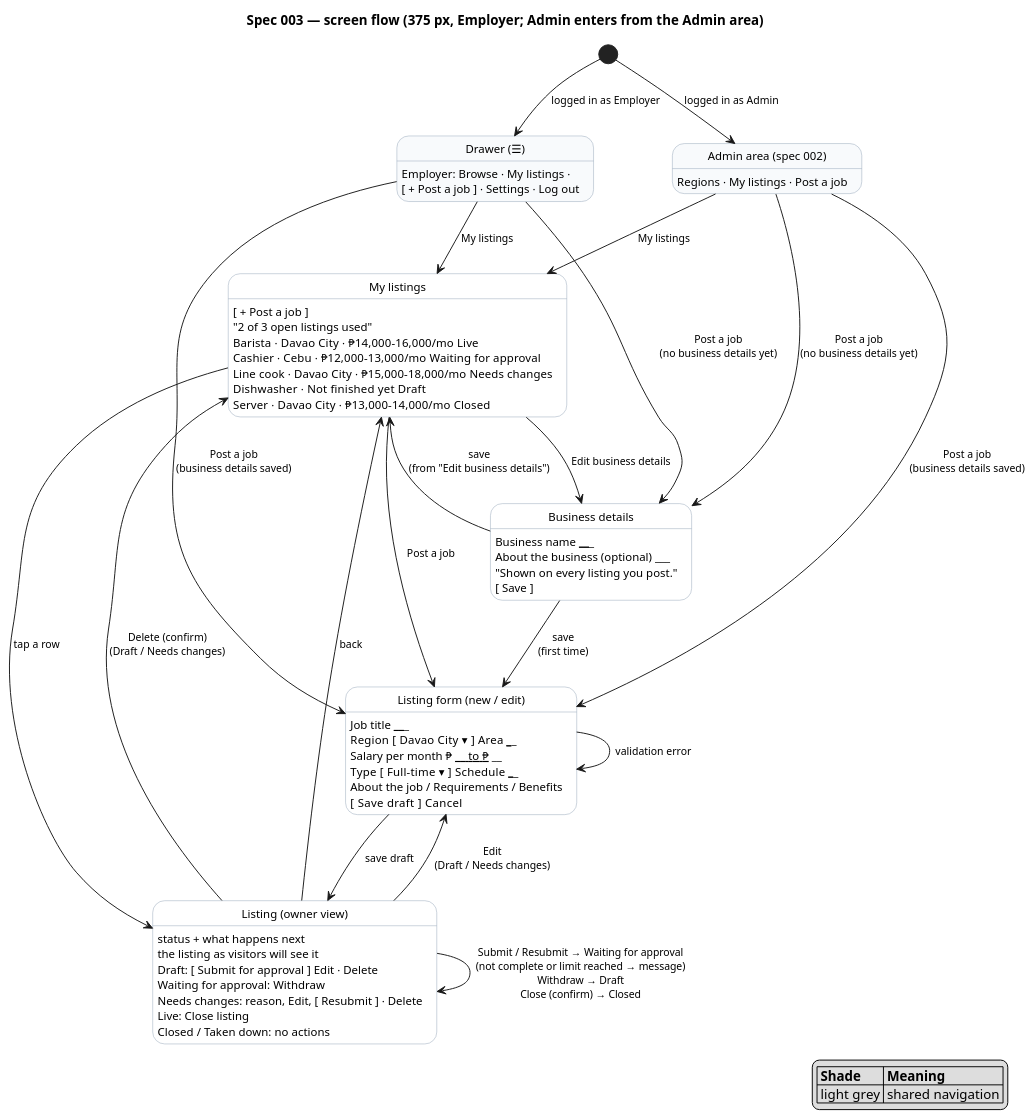
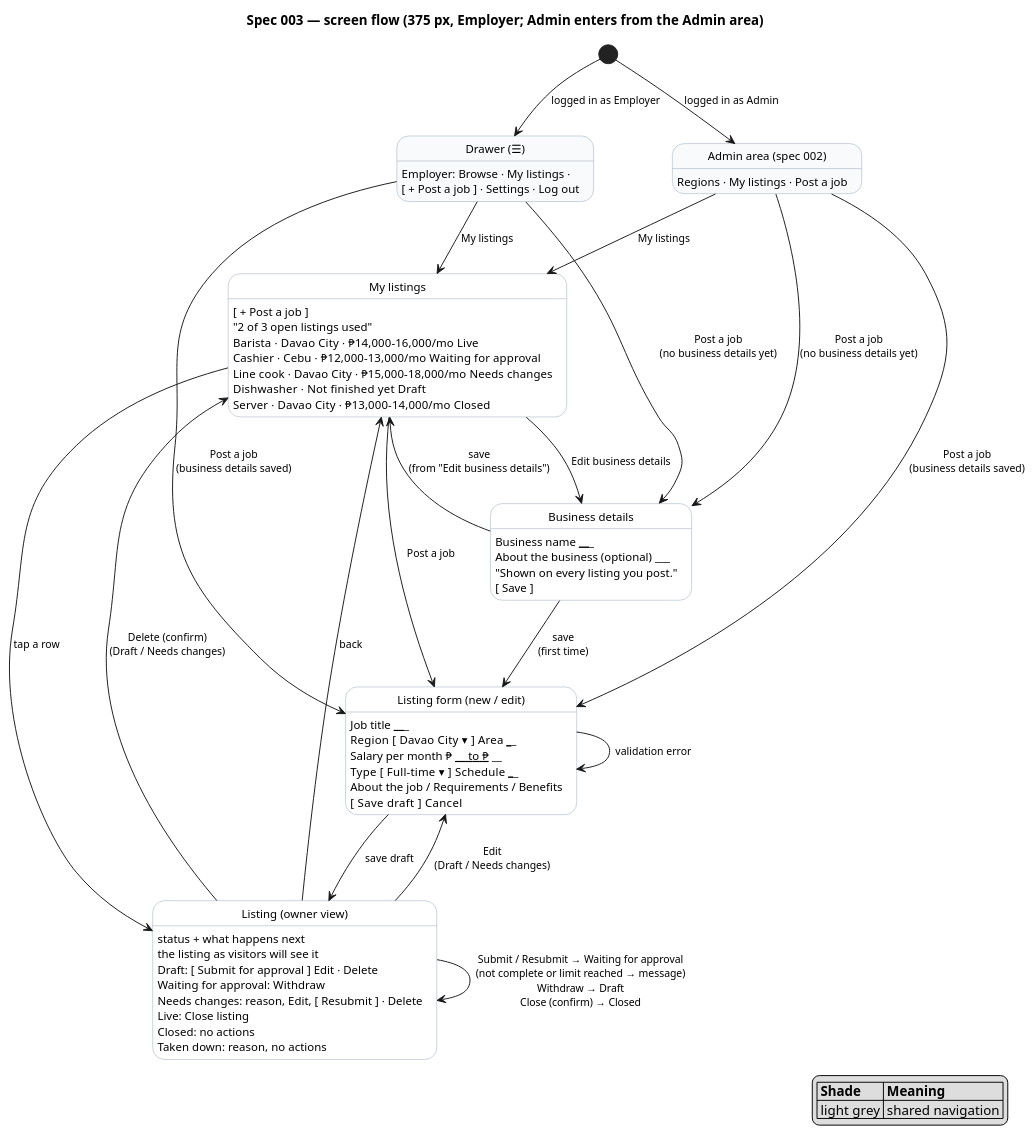
One commit to raseniero/jairojobs-elixir changed the diagram in docs/specs/003-listings-employer-posting/diagrams/screenflow-posting.puml. Above: the diagram before and after it, drawn with PlantUML. The commit also changed 16 other files, not shown here.

Commit message:
feat(web): reject and take down with a reason (REQ-004-6, REQ-004-7)

```diff
--- a/docs/specs/003-listings-employer-posting/diagrams/screenflow-posting.puml
+++ b/docs/specs/003-listings-employer-posting/diagrams/screenflow-posting.puml
@@ -1,79 +1,80 @@
 @startuml screenflow-posting
 ' Spec 003 — screen flow. Each state is a screen (key elements listed); each arrow is a user action.
 ' Every user story US-003-1..12 is a path through this diagram (see table in spec.md).
 
 hide empty description
 skinparam state {
   BackgroundColor white
   BackgroundColor<<public>> #f8fafc
   BorderColor #94a3b8
   FontSize 12
 }
 skinparam arrowFontSize 11
 
 title Spec 003 — screen flow (375 px, Employer; Admin enters from the Admin area)
 
 state "Drawer (☰)" as Drawer <<public>>
 Drawer : Employer: Browse · My listings ·
 Drawer : [ + Post a job ] · Settings · Log out
 
 state "Admin area (spec 002)" as AdminArea <<public>>
 AdminArea : Regions · My listings · Post a job
 
 state "My listings" as Mine
 Mine : [ + Post a job ]
 Mine : "2 of 3 open listings used"
 Mine : Barista · Davao City · ₱14,000–16,000/mo   Live
 Mine : Cashier · Cebu · ₱12,000–13,000/mo   Waiting for approval
 Mine : Line cook · Davao City · ₱15,000–18,000/mo   Needs changes
 Mine : Dishwasher · Not finished yet   Draft
 Mine : Server · Davao City · ₱13,000–14,000/mo   Closed
 
 state "Business details" as Business
 Business : Business name ___________
 Business : About the business (optional) ___
 Business : "Shown on every listing you post."
 Business : [ Save ]
 
 state "Listing form (new / edit)" as Form
 Form : Job title ___________
 Form : Region [ Davao City ▾ ]   Area ______
 Form : Salary per month ₱ ____ to ₱ ____
 Form : Type [ Full-time ▾ ]   Schedule ______
 Form : About the job / Requirements / Benefits
 Form : [ Save draft ]   Cancel
 
 state "Listing (owner view)" as Listing
 Listing : status + what happens next
 Listing : the listing as visitors will see it
 Listing : Draft: [ Submit for approval ] Edit · Delete
 Listing : Waiting for approval: Withdraw
 Listing : Needs changes: reason, Edit, [ Resubmit ] · Delete
 Listing : Live: Close listing
-Listing : Closed / Taken down: no actions
+Listing : Closed: no actions
+Listing : Taken down: reason, no actions
 
 [*] --> Drawer : logged in as Employer
 [*] --> AdminArea : logged in as Admin
 AdminArea --> Mine : My listings
 AdminArea --> Form : Post a job\n(business details saved)
 AdminArea --> Business : Post a job\n(no business details yet)
 Drawer --> Mine : My listings
 Drawer --> Form : Post a job\n(business details saved)
 Drawer --> Business : Post a job\n(no business details yet)
 Mine --> Form : Post a job
 Business --> Form : save\n(first time)
 Business --> Mine : save\n(from "Edit business details")
 Mine --> Business : Edit business details
 Form --> Listing : save draft
 Form --> Form : validation error
 Mine --> Listing : tap a row
 Listing --> Form : Edit\n(Draft / Needs changes)
 Listing --> Listing : Submit / Resubmit → Waiting for approval\n(not complete or limit reached → message)\nWithdraw → Draft\nClose (confirm) → Closed
 Listing --> Mine : Delete (confirm)\n(Draft / Needs changes)
 Listing --> Mine : back
 
 legend right
   |= Shade |= Meaning |
   | light grey | shared navigation |
 endlegend
 @enduml
```
